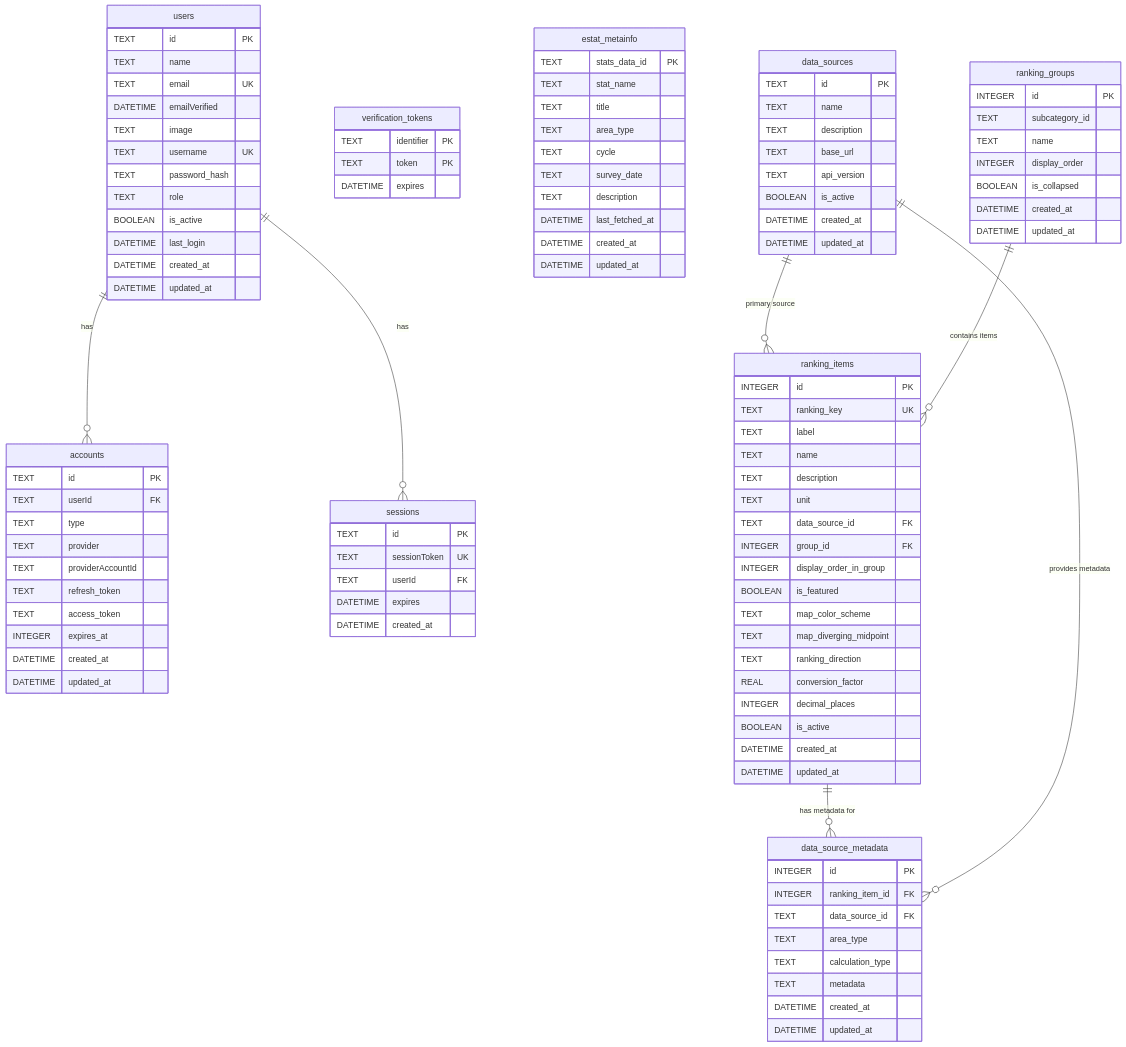
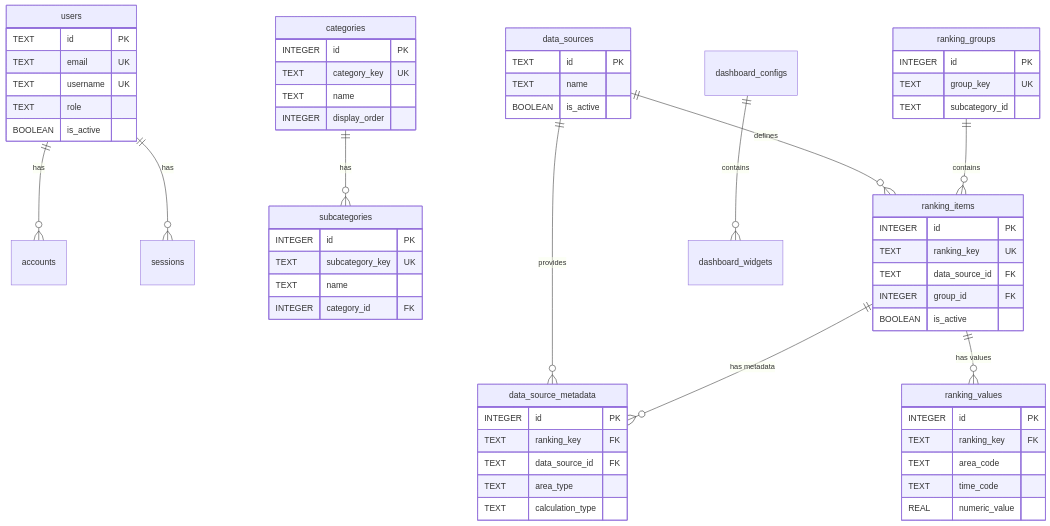
The diagram in docs/01_技術設計/04_インフラ設計/01_データベース設計.md (uruhayato373/stats47), drawn with Mermaid before and after one commit. The commit also changed other lines of this file, not shown here.

````diff
--- a/docs/01_技術設計/04_インフラ設計/01_データベース設計.md
+++ b/docs/01_技術設計/04_インフラ設計/01_データベース設計.md
@@ -529,117 +482,70 @@
 ```mermaid
 erDiagram
+    users ||--o{ accounts : "has"
+    users ||--o{ sessions : "has"
+    categories ||--o{ subcategories : "has"
+    data_sources ||--o{ ranking_items : "defines"
+    data_sources ||--o{ data_source_metadata : "provides"
+    ranking_groups ||--o{ ranking_items : "contains"
+    ranking_items ||--o{ data_source_metadata : "has metadata"
+    ranking_items ||--o{ ranking_values : "has values"
+    dashboard_configs ||--o{ dashboard_widgets : "contains"
+
     users {
         TEXT id PK
-        TEXT name
         TEXT email UK
-        DATETIME emailVerified
-        TEXT image
         TEXT username UK
-        TEXT password_hash
         TEXT role
         BOOLEAN is_active
-        DATETIME last_login
-        DATETIME created_at
-        DATETIME updated_at
     }
 
-    accounts {
-        TEXT id PK
-        TEXT userId FK
-        TEXT type
-        TEXT provider
-        TEXT providerAccountId
-        TEXT refresh_token
-        TEXT access_token
-        INTEGER expires_at
-        DATETIME created_at
-        DATETIME updated_at
+    categories {
+        INTEGER id PK
+        TEXT category_key UK
+        TEXT name
+        INTEGER display_order
     }
 
-    sessions {
-        TEXT id PK
-        TEXT sessionToken UK
-        TEXT userId FK
-        DATETIME expires
-        DATETIME created_at
-    }
-
-    verification_tokens {
-        TEXT identifier PK
-        TEXT token PK
-        DATETIME expires
-    }
-
-    estat_metainfo {
-        TEXT stats_data_id PK
-        TEXT stat_name
-        TEXT title
-        TEXT area_type
-        TEXT cycle
-        TEXT survey_date
-        TEXT description
-        DATETIME last_fetched_at
-        DATETIME created_at
-        DATETIME updated_at
+    subcategories {
+        INTEGER id PK
+        TEXT subcategory_key UK
+        TEXT name
+        INTEGER category_id FK
     }
 
     data_sources {
         TEXT id PK
         TEXT name
-        TEXT description
-        TEXT base_url
-        TEXT api_version
         BOOLEAN is_active
-        DATETIME created_at
-        DATETIME updated_at
     }
 
     ranking_items {
         INTEGER id PK
         TEXT ranking_key UK
-        TEXT label
-        TEXT name
-        TEXT description
-        TEXT unit
         TEXT data_source_id FK
         INTEGER group_id FK
-        INTEGER display_order_in_group
-        BOOLEAN is_featured
-        TEXT map_color_scheme
-        TEXT map_diverging_midpoint
-        TEXT ranking_direction
-        REAL conversion_factor
-        INTEGER decimal_places
         BOOLEAN is_active
-        DATETIME created_at
-        DATETIME updated_at
+    }
+
+    ranking_groups {
+        INTEGER id PK
+        TEXT group_key UK
+        TEXT subcategory_id
     }
 
     data_source_metadata {
         INTEGER id PK
-        INTEGER ranking_item_id FK
+        TEXT ranking_key FK
         TEXT data_source_id FK
         TEXT area_type
         TEXT calculation_type
-        TEXT metadata
-        DATETIME created_at
-        DATETIME updated_at
     }
 
-    ranking_groups {
+    ranking_values {
         INTEGER id PK
-        TEXT subcategory_id
-        TEXT name
-        INTEGER display_order
-        BOOLEAN is_collapsed
-        DATETIME created_at
-        DATETIME updated_at
+        TEXT ranking_key FK
+        TEXT area_code
+        TEXT time_code
+        REAL numeric_value
     }
-
-    users ||--o{ accounts : "has"
-    users ||--o{ sessions : "has"
-    data_sources ||--o{ ranking_items : "primary source"
-    ranking_groups ||--o{ ranking_items : "contains items"
-    ranking_items ||--o{ data_source_metadata : "has metadata for"
-    data_sources ||--o{ data_source_metadata : "provides metadata"
 ```
````
